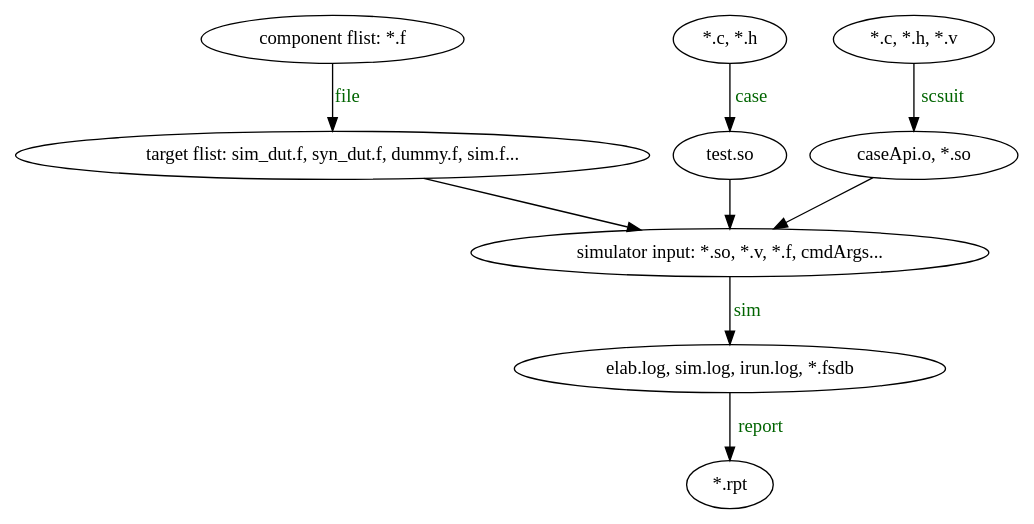
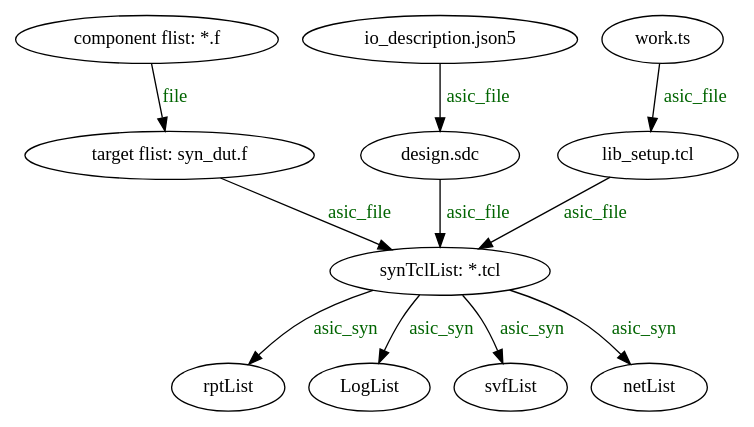
One commit to KingFrige/SoC-Gulp changed the diagram in flow/asic/asic-sulp.dot. Above: the diagram before and after it, drawn with Graphviz. The commit also changed 1 other file, not shown here.

Commit message:
update sulp asic flow

```diff
--- a/flow/asic/asic-sulp.dot
+++ b/flow/asic/asic-sulp.dot
@@ -1,20 +1,25 @@
 digraph pic1 {
   RTLFlistSrc [label = "component flist: *.f"]
-  testcaseSrc [label = "*.c, *.h"]
-  scsuitSrc   [label = "*.c, *.h, *.v"]
-  RTLFlistTarget [label = "target flist: sim_dut.f, syn_dut.f, dummy.f, sim.f..."]
-  testcaseTarget [label = "test.so"]
-  scsuitTarget   [label = "caseApi.o, *.so"]
-  simulator      [label = "simulator input: *.so, *.v, *.f, cmdArgs..."]
-  simResult      [label = "elab.log, sim.log, irun.log, *.fsdb"]
-  reportFiles    [label = "*.rpt"]
+  RTLFlistTarget [label = "target flist: syn_dut.f"]
+
+  IPdescriptionJson5 [label = "io_description.json5"]
+  SDCFile            [label = "design.sdc"]
+
+  libworkConfig [label = "work.ts"]
+  libTcl        [label = "lib_setup.tcl"]
+
+  synTclList [label = "synTclList: *.tcl"]
 
   RTLFlistSrc -> RTLFlistTarget [label="file", fontcolor=darkgreen]
-  testcaseSrc -> testcaseTarget [label="case", fontcolor=darkgreen]
-  scsuitSrc -> scsuitTarget [label="scsuit", fontcolor=darkgreen]
-  RTLFlistTarget -> simulator
-  testcaseTarget -> simulator
-  scsuitTarget -> simulator 
-  simulator -> simResult  [label="sim", fontcolor=darkgreen]
-  simResult  -> reportFiles [label="report", fontcolor=darkgreen]  
+  IPdescriptionJson5 -> SDCFile [label="asic_file", fontcolor=darkgreen]
+  libworkConfig -> libTcl [label="asic_file", fontcolor=darkgreen]
+
+  RTLFlistTarget -> synTclList [label = "asic_file", fontcolor=darkgreen]
+  SDCFile -> synTclList [label = "asic_file", fontcolor=darkgreen]
+  libTcl -> synTclList [label = "asic_file", fontcolor=darkgreen]
+
+  synTclList -> rptList [label = "asic_syn", fontcolor=darkgreen]
+  synTclList -> LogList [label = "asic_syn", fontcolor=darkgreen]
+  synTclList -> svfList [label = "asic_syn", fontcolor=darkgreen]
+  synTclList -> netList [label = "asic_syn", fontcolor=darkgreen]
 }
```
